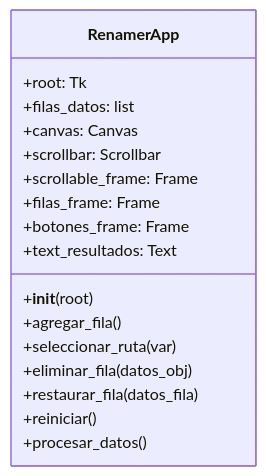
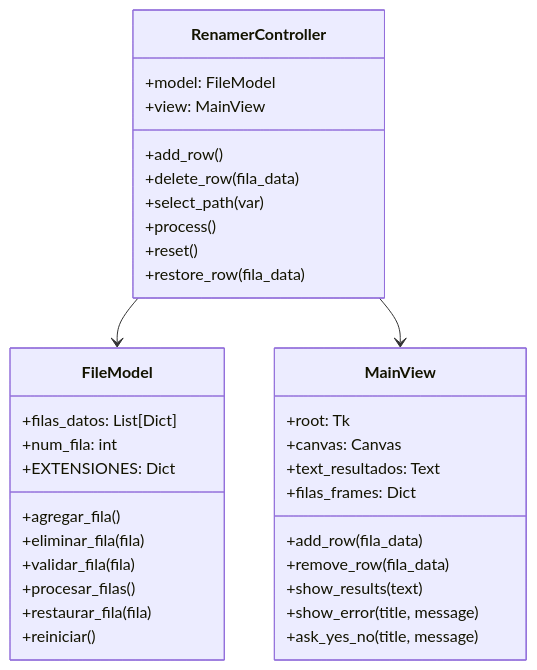
Before and after one commit to procesosFIC/Renombrador-Archivos: the second of 2 diagrams in Documentacion/MANUAL_TECNICO.md, drawn with Mermaid. The commit also changed other lines of this file and 4 other files, not shown here.

````diff
--- a/Documentacion/MANUAL_TECNICO.md
+++ b/Documentacion/MANUAL_TECNICO.md
@@ -39,20 +69,40 @@
 ```mermaid
 classDiagram
-    class RenamerApp {
+    class FileModel {
+        +filas_datos: List[Dict]
+        +num_fila: int
+        +EXTENSIONES: Dict
+        +agregar_fila()
+        +eliminar_fila(fila)
+        +validar_fila(fila)
+        +procesar_filas()
+        +restaurar_fila(fila)
+        +reiniciar()
+    }
+
+    class MainView {
         +root: Tk
-        +filas_datos: list
         +canvas: Canvas
-        +scrollbar: Scrollbar
-        +scrollable_frame: Frame
-        +filas_frame: Frame
-        +botones_frame: Frame
         +text_resultados: Text
-        +__init__(root)
-        +agregar_fila()
-        +seleccionar_ruta(var)
-        +eliminar_fila(datos_obj)
-        +restaurar_fila(datos_fila)
-        +reiniciar()
-        +procesar_datos()
+        +filas_frames: Dict
+        +add_row(fila_data)
+        +remove_row(fila_data)
+        +show_results(text)
+        +show_error(title, message)
+        +ask_yes_no(title, message)
     }
+
+    class RenamerController {
+        +model: FileModel
+        +view: MainView
+        +add_row()
+        +delete_row(fila_data)
+        +select_path(var)
+        +process()
+        +reset()
+        +restore_row(fila_data)
+    }
+
+    RenamerController --> FileModel
+    RenamerController --> MainView
 ```
````
